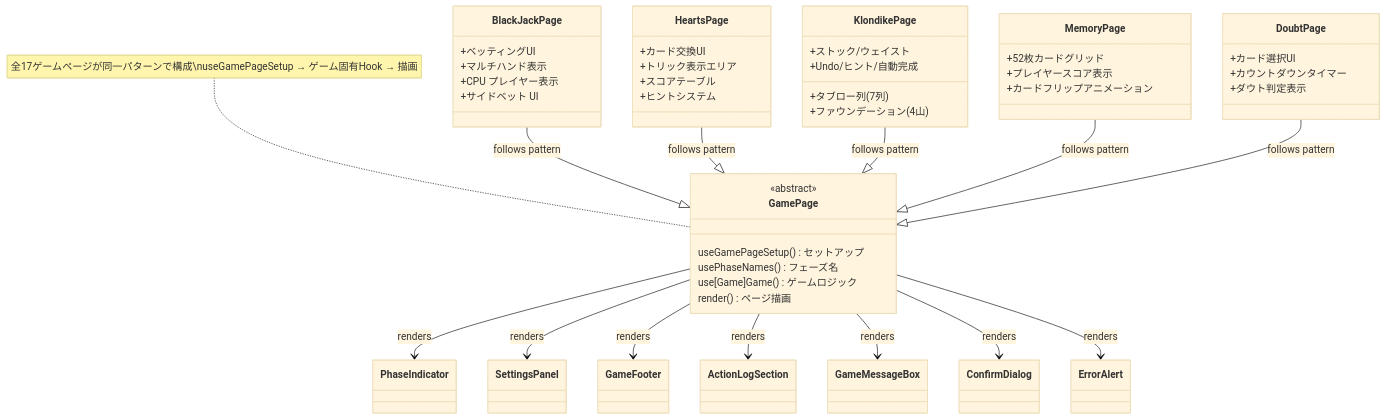
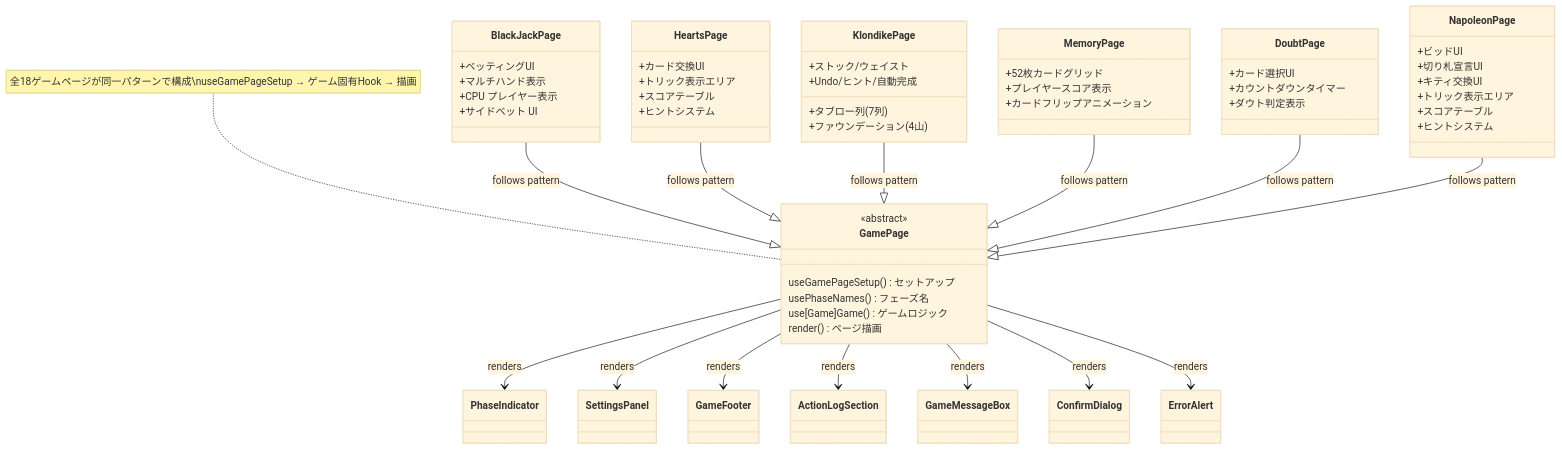
Before and after one commit to yuta-yoshinaga/go_trumpcards: the seventh of 16 diagrams in docs/design/frontend.md, drawn with Mermaid (base theme). The commit also changed other lines of this file and 51 other files, not shown here.

First line of the commit message:
feat: add Napoleon (ナポレオン) card game

````diff
--- a/docs/design/frontend.md
+++ b/docs/design/frontend.md
@@ -464,59 +475,69 @@
 ```mermaid
 classDiagram
     class GamePage {
         <<abstract>>
         useGamePageSetup() セットアップ
         usePhaseNames() フェーズ名
         use[Game]Game() ゲームロジック
         render() ページ描画
     }
 
     class BlackJackPage {
         +ベッティングUI
         +マルチハンド表示
         +CPU プレイヤー表示
         +サイドベット UI
     }
 
     class HeartsPage {
         +カード交換UI
         +トリック表示エリア
         +スコアテーブル
         +ヒントシステム
     }
 
     class KlondikePage {
         +タブロー列 (7列)
         +ファウンデーション (4山)
         +ストック/ウェイスト
         +Undo/ヒント/自動完成
     }
 
     class MemoryPage {
         +52枚カードグリッド
         +プレイヤースコア表示
         +カードフリップアニメーション
     }
 
     class DoubtPage {
         +カード選択UI
         +カウントダウンタイマー
         +ダウト判定表示
     }
 
+    class NapoleonPage {
+        +ビッドUI
+        +切り札宣言UI
+        +キティ交換UI
+        +トリック表示エリア
+        +スコアテーブル
+        +ヒントシステム
+    }
+
     BlackJackPage --|> GamePage : follows pattern
     HeartsPage --|> GamePage : follows pattern
     KlondikePage --|> GamePage : follows pattern
     MemoryPage --|> GamePage : follows pattern
     DoubtPage --|> GamePage : follows pattern
+    NapoleonPage --|> GamePage : follows pattern
 
     GamePage --> PhaseIndicator : renders
     GamePage --> SettingsPanel : renders
     GamePage --> GameFooter : renders
     GamePage --> ActionLogSection : renders
     GamePage --> GameMessageBox : renders
     GamePage --> ConfirmDialog : renders
     GamePage --> ErrorAlert : renders
 
-    note for GamePage "全17ゲームページが同一パターンで構成\nuseGamePageSetup → ゲーム固有Hook → 描画"
+    note for GamePage "全18ゲームページが同一パターンで構成\nuseGamePageSetup → ゲーム固有Hook → 描画"
 ```
````
